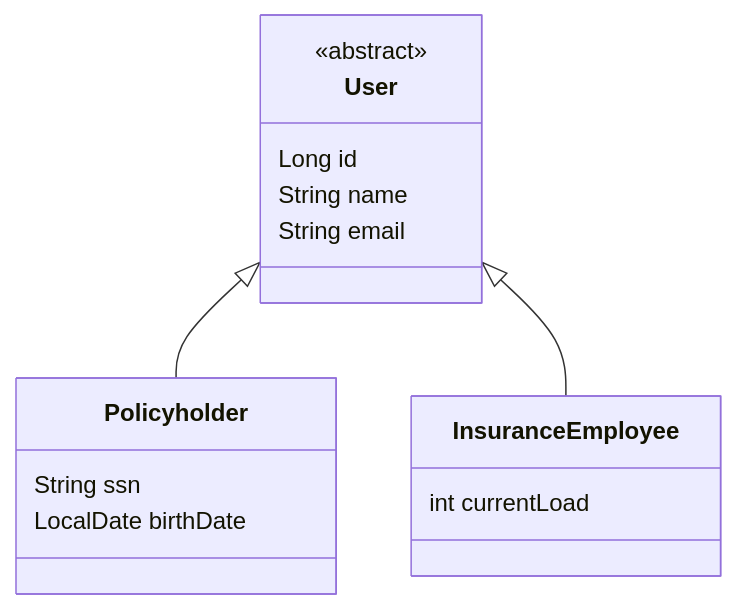
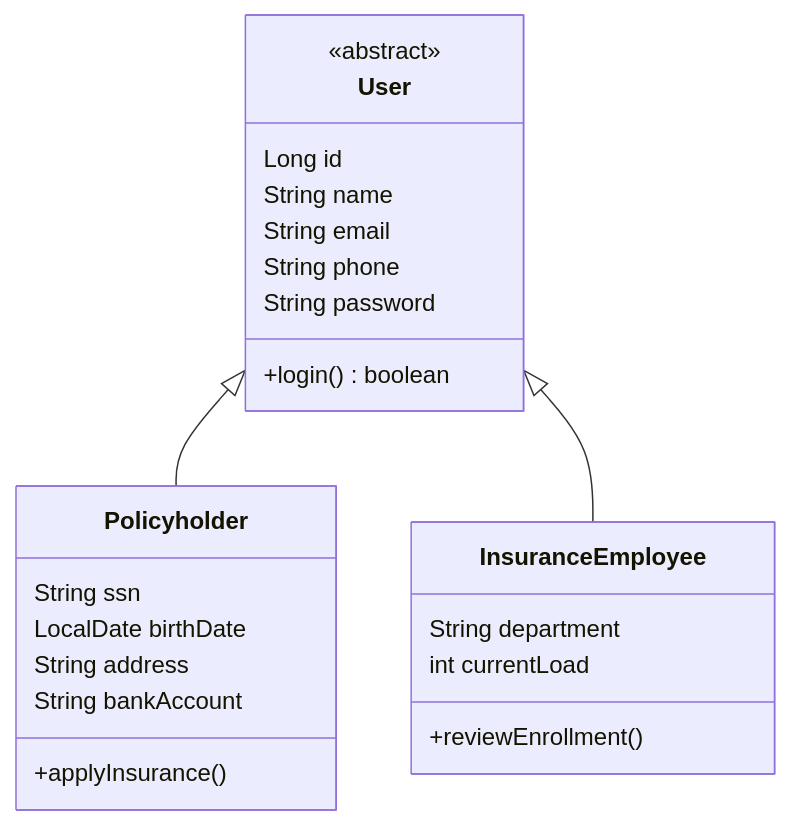
Before and after one commit to heyoonyoon/distributed-programming: the diagram in docs/presentation/diagrams/clusters/user-code.mmd, drawn with Mermaid. The commit also changed 28 other files, not shown here.

```diff
--- a/docs/presentation/diagrams/clusters/user-code.mmd
+++ b/docs/presentation/diagrams/clusters/user-code.mmd
@@ -1,17 +1,25 @@
 classDiagram
 direction TB
 class User {
   <<abstract>>
   Long id
   String name
   String email
+  String phone
+  String password
+  +login() boolean
 }
 class Policyholder {
   String ssn
   LocalDate birthDate
+  String address
+  String bankAccount
+  +applyInsurance()
 }
 class InsuranceEmployee {
+  String department
   int currentLoad
+  +reviewEnrollment()
 }
 User <|-- Policyholder
 User <|-- InsuranceEmployee
```
